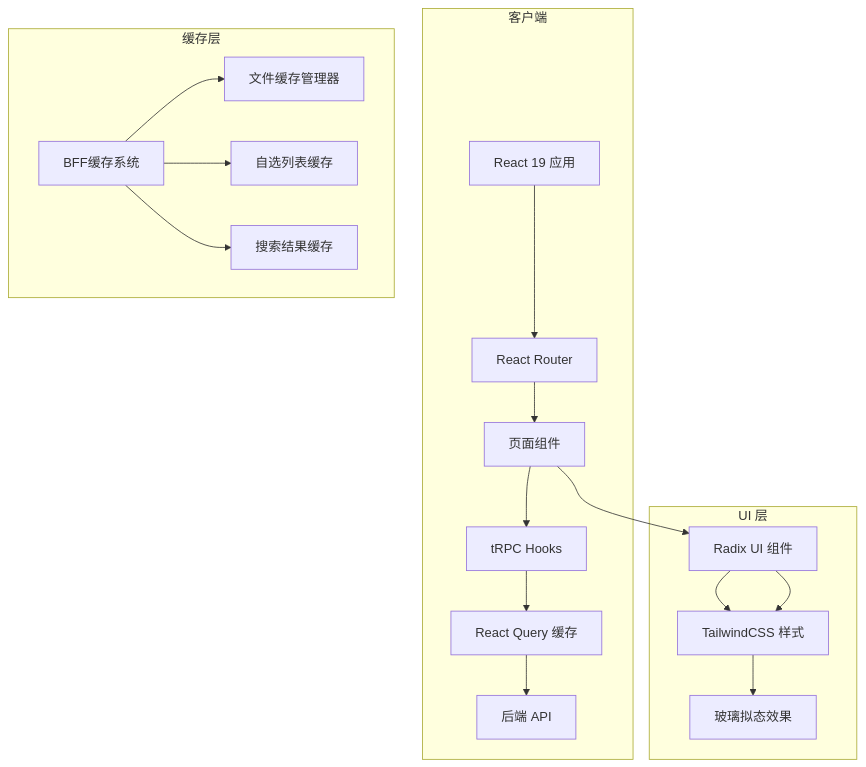
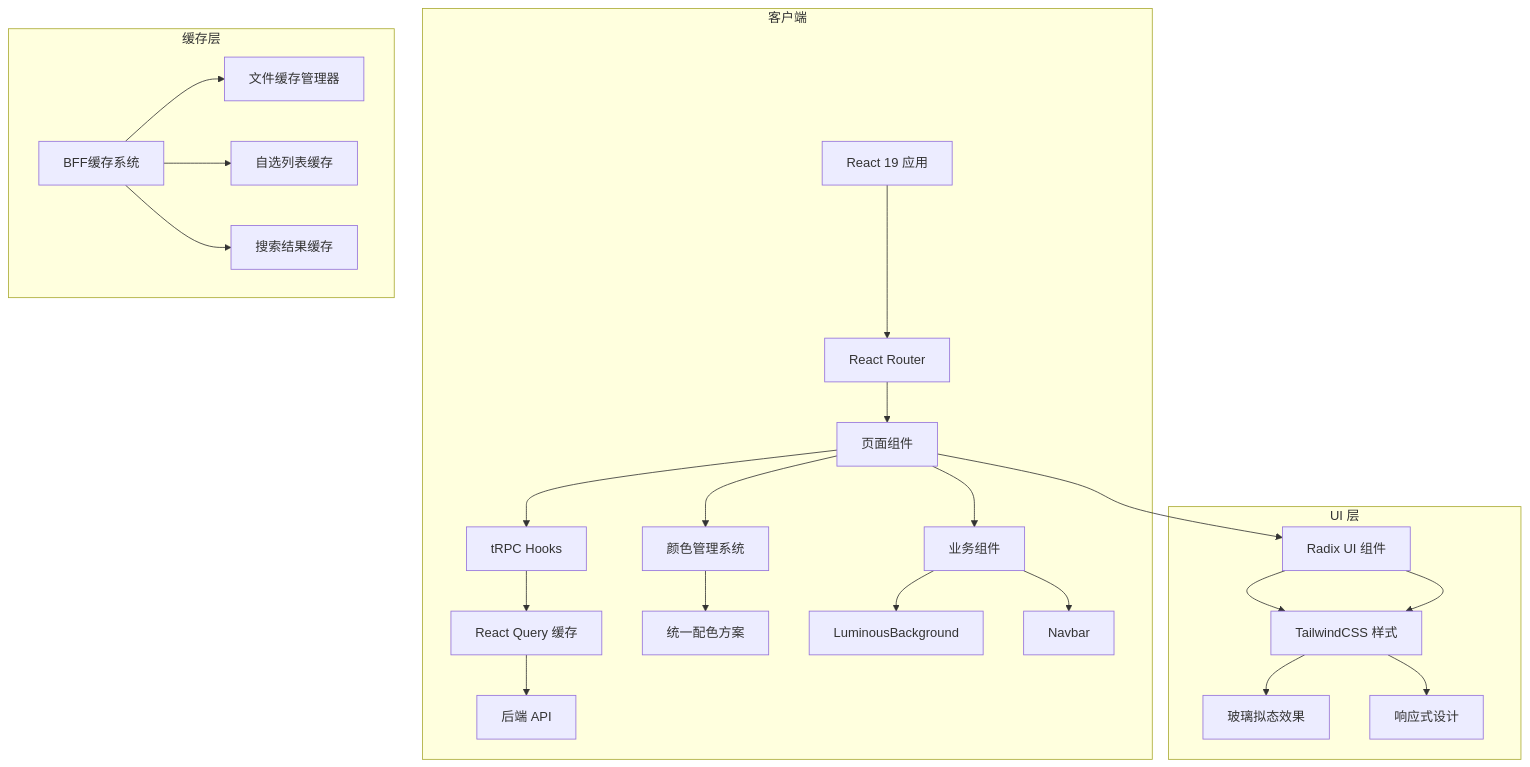
Before and after one commit to youkell85/FundTrader: the second of 14 diagrams in .qoder/repowiki/zh/content/前端应用文档/前端应用文档.md, drawn with Mermaid. The commit also changed other lines of this file and 11 other files, not shown here.

````diff
--- a/.qoder/repowiki/zh/content/前端应用文档/前端应用文档.md
+++ b/.qoder/repowiki/zh/content/前端应用文档/前端应用文档.md
@@ -116,21 +130,27 @@
 ```mermaid
 graph TB
 subgraph "客户端"
 A[React 19 应用] --> B[React Router]
 B --> C[页面组件]
 C --> D[tRPC Hooks]
 D --> E[React Query 缓存]
 E --> F[后端 API]
+C --> G[颜色管理系统]
+G --> H[统一配色方案]
+C --> I[业务组件]
+I --> J[LuminousBackground]
+I --> K[Navbar]
 end
 subgraph "缓存层"
-G[BFF缓存系统] --> H[文件缓存管理器]
-G --> I[自选列表缓存]
-G --> J[搜索结果缓存]
+L[BFF缓存系统] --> M[文件缓存管理器]
+L --> N[自选列表缓存]
+L --> O[搜索结果缓存]
 end
 subgraph "UI 层"
-K[Radix UI 组件] --> L[TailwindCSS 样式]
-L --> M[玻璃拟态效果]
+P[Radix UI 组件] --> Q[TailwindCSS 样式]
+Q --> R[玻璃拟态效果]
+Q --> S[响应式设计]
 end
-C --> K
-K --> L
+C --> P
+P --> Q
 ```
````
